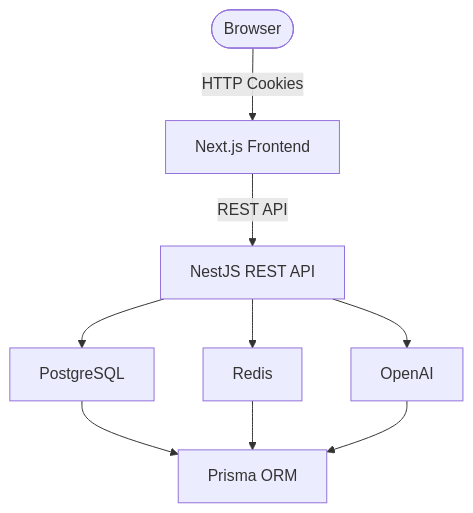
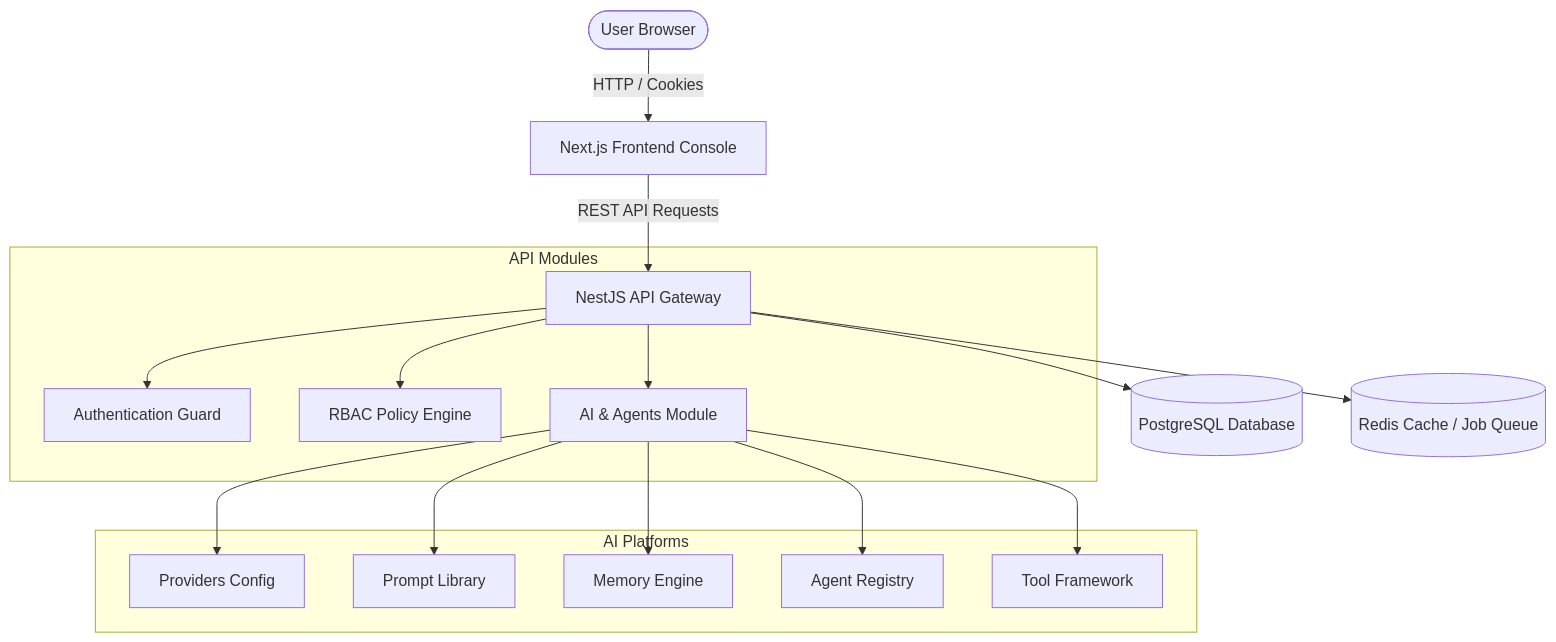
The diagram in docs/diagrams/system-architecture.md (sadiab47/AIOps_Hub), drawn with Mermaid before and after one commit. The commit also changed 4 other files, not shown here.

Commit message:
docs: refresh architecture diagrams, roadmap checklist, changelogs, and ADR indexes

````diff
--- a/docs/diagrams/system-architecture.md
+++ b/docs/diagrams/system-architecture.md
@@ -3,11 +3,22 @@
 ```mermaid
 graph TD
-    Browser([Browser]) -->|HTTP Cookies| WebApp[Next.js Frontend]
-    WebApp -->|REST API| NestJS[NestJS REST API]
-    NestJS --> PostgreSQL[PostgreSQL]
-    NestJS --> Redis[Redis]
-    NestJS --> OpenAI[OpenAI]
-    PostgreSQL --> Prisma[Prisma ORM]
-    Redis --> Prisma
-    OpenAI --> Prisma
+    Browser([User Browser]) -->|HTTP / Cookies| NextJS[Next.js Frontend Console]
+    NextJS -->|REST API Requests| API[NestJS API Gateway]
+    
+    subgraph API Modules
+        API --> Auth[Authentication Guard]
+        API --> RBAC[RBAC Policy Engine]
+        API --> AI[AI & Agents Module]
+    end
+
+    subgraph AI Platforms
+        AI --> Providers[Providers Config]
+        AI --> Prompts[Prompt Library]
+        AI --> Memory[Memory Engine]
+        AI --> Registry[Agent Registry]
+        AI --> Tools[Tool Framework]
+    end
+
+    API --> DB[(PostgreSQL Database)]
+    API --> Cache[(Redis Cache / Job Queue)]
 ```
````
